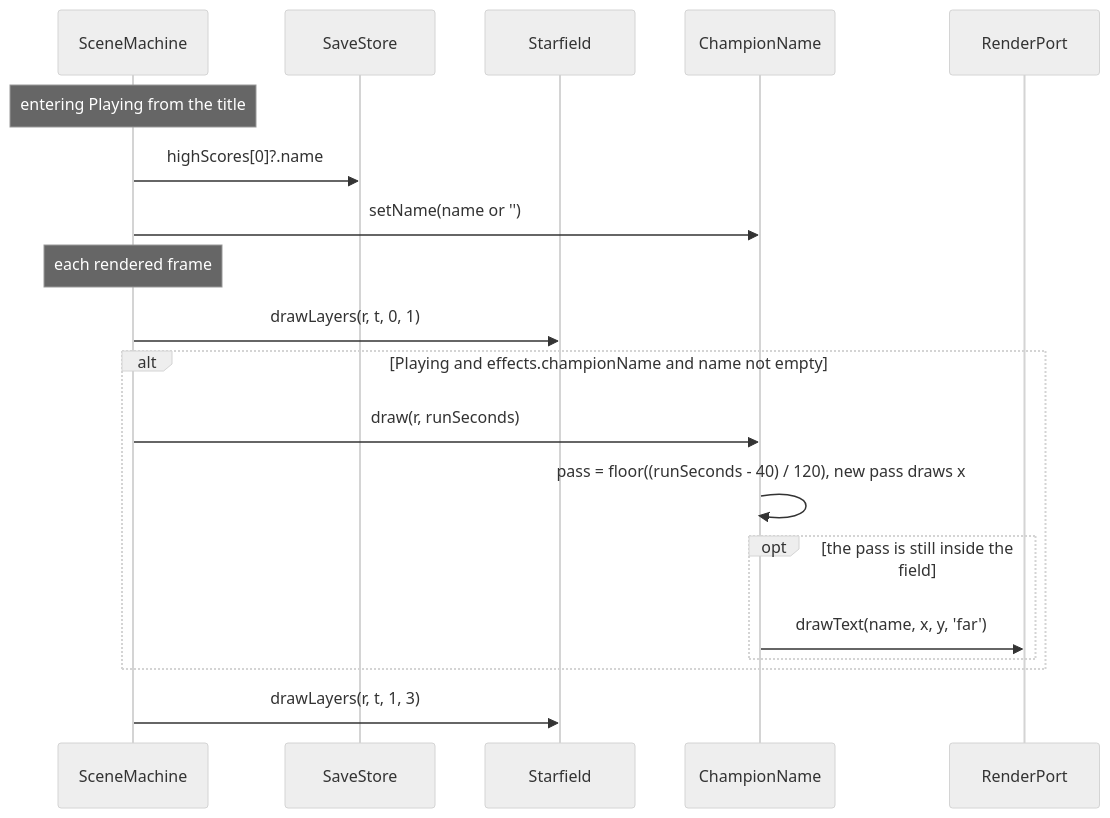
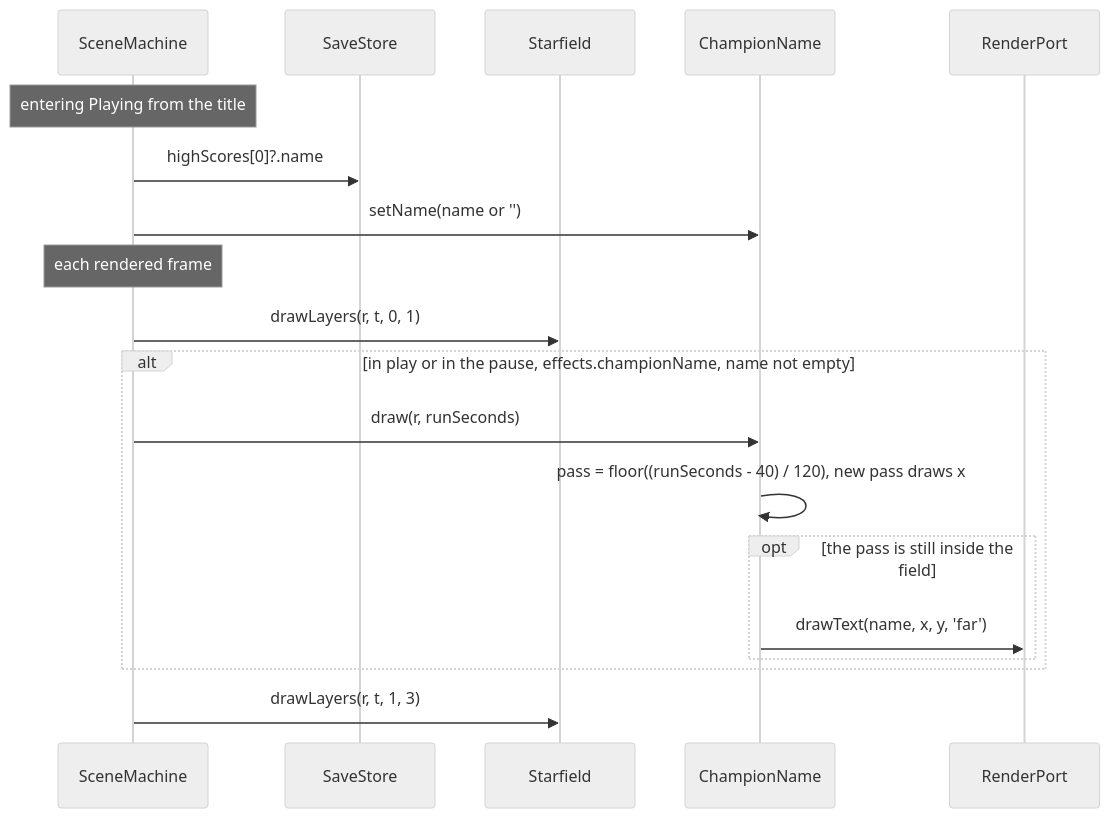
Before and after one commit to benoit-bremaud/retro-shmup: the second of 2 diagrams in docs/architecture/diagrams/render/04-class-champion-name.md, drawn with Mermaid (neutral theme). The commit also changed other lines of this file and 24 other files, not shown here.

First line of the commit message:
feat(render): the champion's name drifts in the far background (GDD v0.22) (#99)

````diff
--- a/docs/architecture/diagrams/render/04-class-champion-name.md
+++ b/docs/architecture/diagrams/render/04-class-champion-name.md
@@ -68,21 +68,21 @@
 ```mermaid
 sequenceDiagram
   participant SM as SceneMachine
   participant SS as SaveStore
   participant SF as Starfield
   participant CN as ChampionName
   participant R as RenderPort
   Note over SM: entering Playing from the title
   SM->>SS: highScores[0]?.name
   SM->>CN: setName(name or '')
   Note over SM: each rendered frame
   SM->>SF: drawLayers(r, t, 0, 1)
-  alt Playing and effects.championName and name not empty
+  alt in play or in the pause, effects.championName, name not empty
     SM->>CN: draw(r, runSeconds)
     CN->>CN: pass = floor((runSeconds - 40) / 120), new pass draws x
     opt the pass is still inside the field
       CN->>R: drawText(name, x, y, 'far')
     end
   end
   SM->>SF: drawLayers(r, t, 1, 3)
 ```
````
